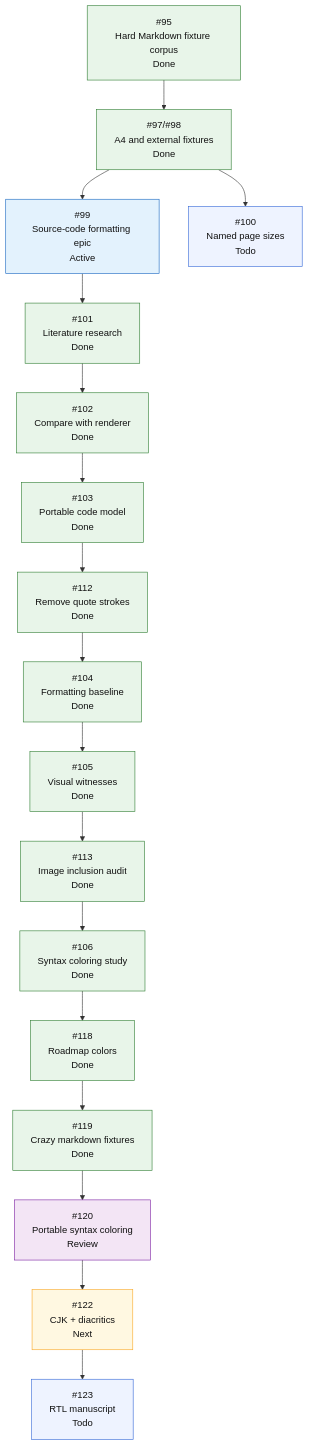
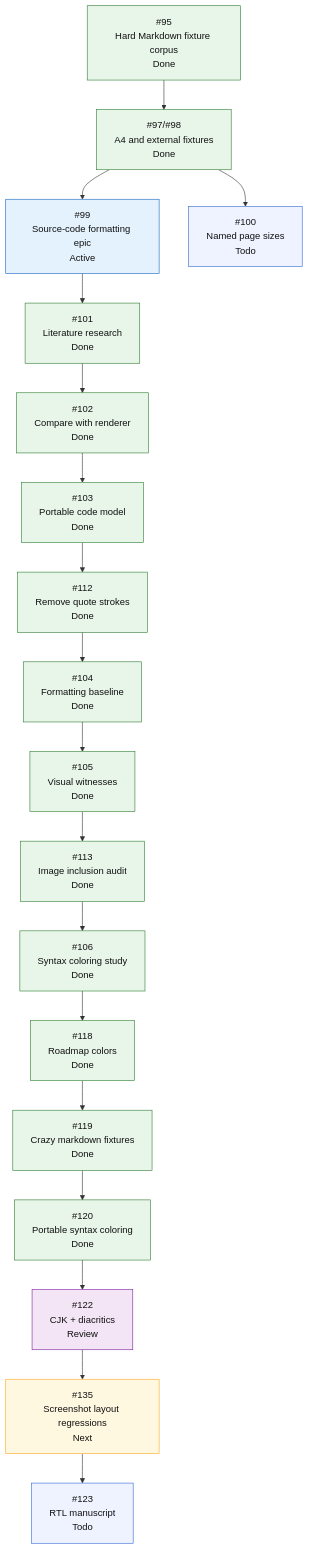
One commit to mihaelamj/MarkdownPDF changed the fifth of 5 diagrams in README.md. Above: the diagram before and after it, drawn with Mermaid. The commit also changed other lines of this file and 9 other files, not shown here.

First line of the commit message:
feat(layout): add CJK and diacritics witnesses (#139)

````diff
--- a/README.md
+++ b/README.md
@@ -440,37 +445,38 @@
 ```mermaid
 flowchart TD
     H0["#95<br/>Hard Markdown fixture corpus<br/>Done"]
     H1["#97/#98<br/>A4 and external fixtures<br/>Done"]
     H2["#99<br/>Source-code formatting epic<br/>Active"]
     H2A["#101<br/>Literature research<br/>Done"]
     H2B["#102<br/>Compare with renderer<br/>Done"]
     H2C["#103<br/>Portable code model<br/>Done"]
     H2D["#112<br/>Remove quote strokes<br/>Done"]
     H2E["#104<br/>Formatting baseline<br/>Done"]
     H2F["#105<br/>Visual witnesses<br/>Done"]
     H2G["#113<br/>Image inclusion audit<br/>Done"]
     H2H["#106<br/>Syntax coloring study<br/>Done"]
     H2I["#118<br/>Roadmap colors<br/>Done"]
     H2J["#119<br/>Crazy markdown fixtures<br/>Done"]
-    H2K["#120<br/>Portable syntax coloring<br/>Review"]
-    H2L["#122<br/>CJK + diacritics<br/>Next"]
-    H2M["#123<br/>RTL manuscript<br/>Todo"]
+    H2K["#120<br/>Portable syntax coloring<br/>Done"]
+    H2L["#122<br/>CJK + diacritics<br/>Review"]
+    H2M["#135<br/>Screenshot layout regressions<br/>Next"]
+    H2N["#123<br/>RTL manuscript<br/>Todo"]
     H3["#100<br/>Named page sizes<br/>Todo"]
 
     H0 --> H1
     H1 --> H2
-    H2 --> H2A --> H2B --> H2C --> H2D --> H2E --> H2F --> H2G --> H2H --> H2I --> H2J --> H2K --> H2L --> H2M
+    H2 --> H2A --> H2B --> H2C --> H2D --> H2E --> H2F --> H2G --> H2H --> H2I --> H2J --> H2K --> H2L --> H2M --> H2N
     H1 --> H3
 
     classDef done fill:#e8f5e9,stroke:#2e7d32,color:#111;
     classDef active fill:#e3f2fd,stroke:#1565c0,color:#111;
     classDef review fill:#f3e5f5,stroke:#7b1fa2,color:#111;
     classDef next fill:#fff8e1,stroke:#f9a825,color:#111;
     classDef todo fill:#eef3ff,stroke:#3367d6,color:#111;
     class H0,H1 done;
     class H2 active;
-    class H2A,H2B,H2C,H2D,H2E,H2F,H2G,H2H,H2I,H2J done;
-    class H2K review;
-    class H2L next;
-    class H2M,H3 todo;
+    class H2A,H2B,H2C,H2D,H2E,H2F,H2G,H2H,H2I,H2J,H2K done;
+    class H2L review;
+    class H2M next;
+    class H2N,H3 todo;
 ```
````
